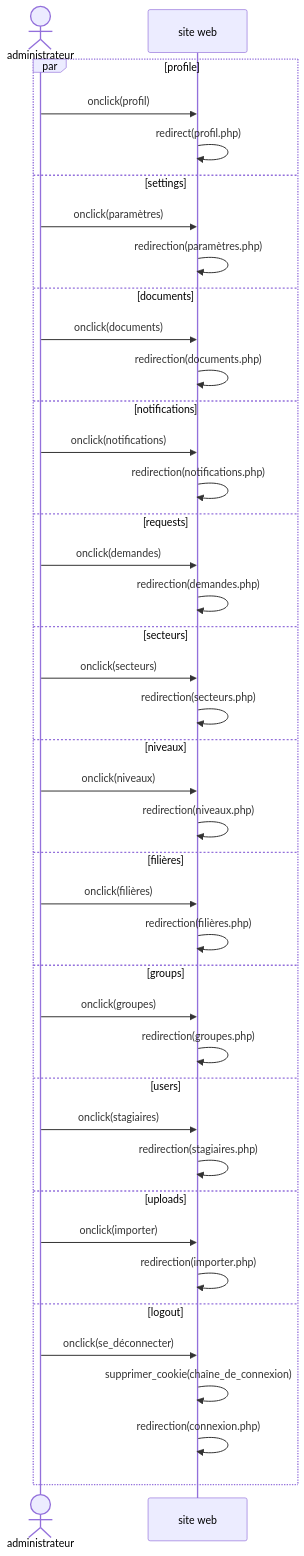
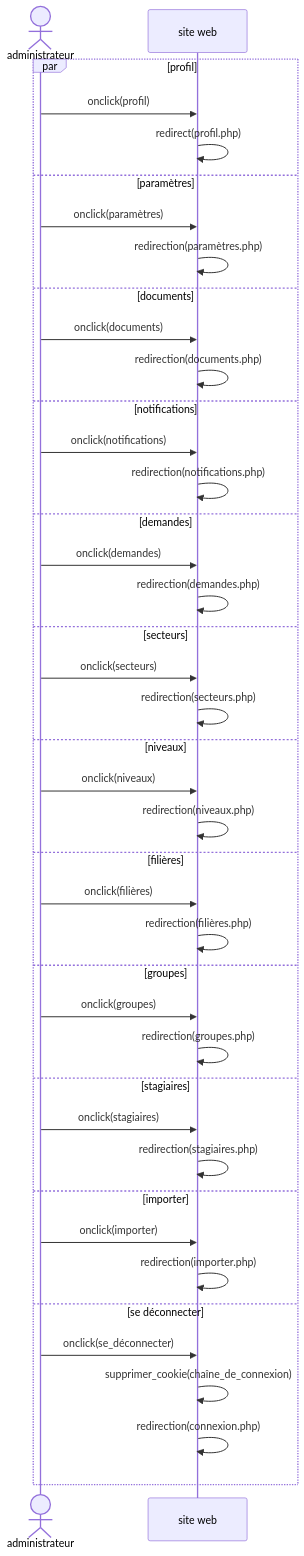
The second of 2 diagrams in uml/administrateur/tableau-de-bord.md (idlli/E-Campus), drawn with Mermaid before and after one commit.

````diff
--- a/uml/administrateur/tableau-de-bord.md
+++ b/uml/administrateur/tableau-de-bord.md
@@ -7,43 +7,43 @@
 ```mermaid
 sequenceDiagram
     actor administrateur
     participant site as site web
-    par profile
+    par profil
         administrateur ->> site : onclick(profil)
         site ->> site : redirect(profil.php)
-    and settings
+    and paramètres
         administrateur ->> site : onclick(paramètres)
         site ->> site : redirection(paramètres.php)
     and documents
         administrateur ->> site : onclick(documents)
         site ->> site : redirection(documents.php)
     and notifications
         administrateur ->> site : onclick(notifications)
         site ->> site : redirection(notifications.php)
-    and requests
+    and demandes
         administrateur ->> site : onclick(demandes)
         site ->> site : redirection(demandes.php)
     and secteurs
         administrateur ->> site : onclick(secteurs)
         site ->> site : redirection(secteurs.php)
     and niveaux
         administrateur ->> site : onclick(niveaux)
         site ->> site : redirection(niveaux.php)
     and filières
         administrateur ->> site : onclick(filières)
         site ->> site : redirection(filières.php)
-    and groups
+    and groupes
         administrateur ->> site : onclick(groupes)
         site ->> site : redirection(groupes.php)
-    and users
+    and stagiaires
         administrateur ->> site : onclick(stagiaires)
         site ->> site : redirection(stagiaires.php)
-    and uploads
+    and importer
         administrateur ->> site : onclick(importer)
         site ->> site : redirection(importer.php)
-    and logout
+    and se déconnecter
         administrateur ->> site : onclick(se_déconnecter)
         site ->> site : supprimer_cookie(chaîne_de_connexion)
         site ->> site : redirection(connexion.php)
     end
 ```
````
